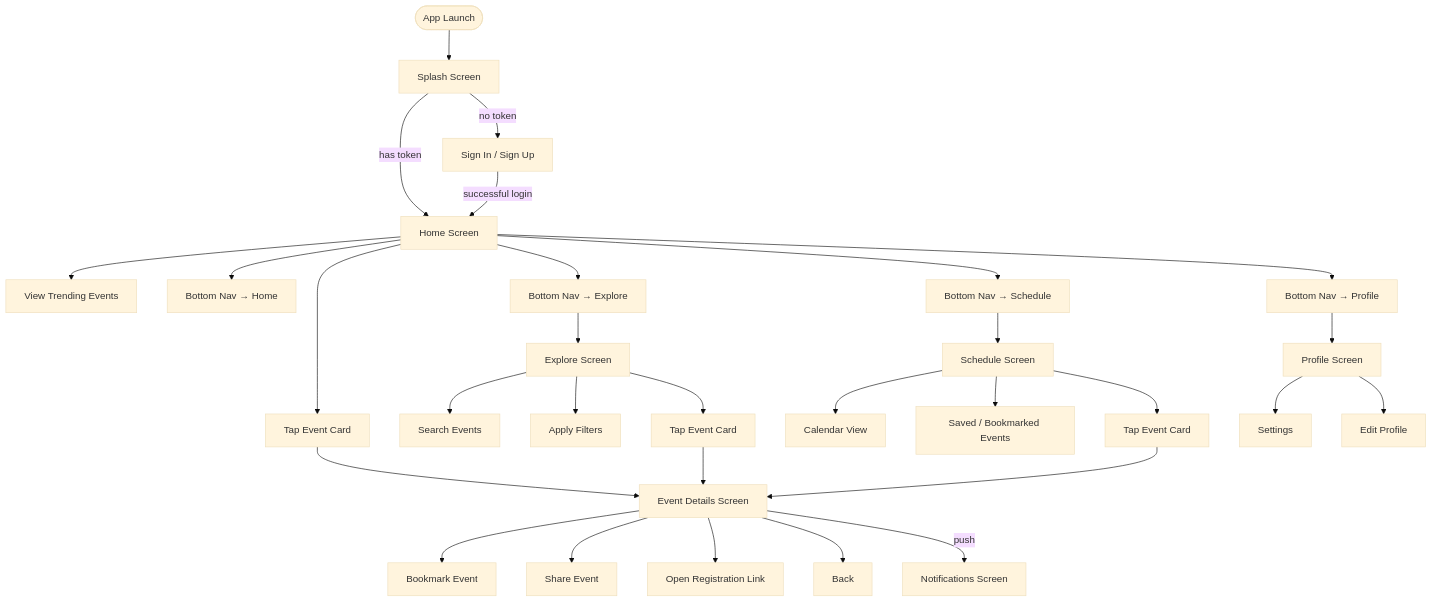
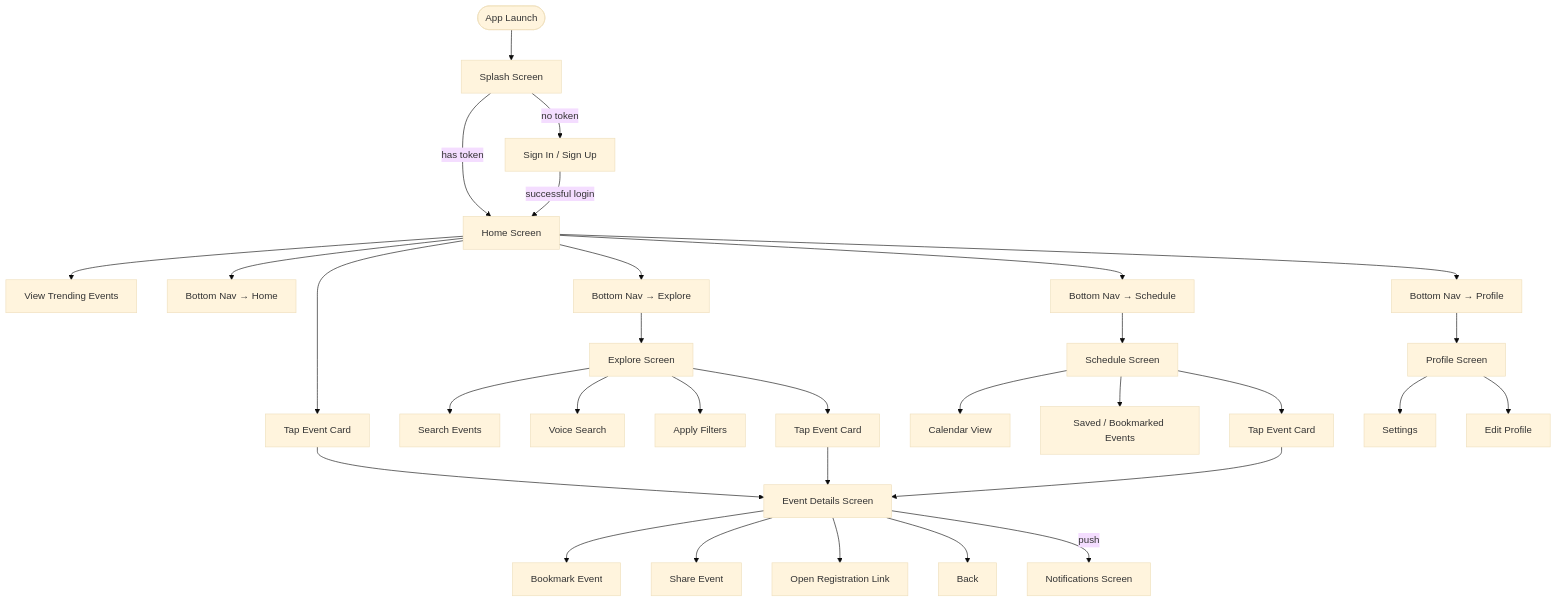
The first of 2 diagrams in docs/FEATURES_AND_FLOWS.md (Shouryan-Bharote/global-ai-opportunity-tracker-app), drawn with Mermaid (base theme) before and after one commit. The commit also changed other lines of this file and 241 other files, not shown here.

````diff
--- a/docs/FEATURES_AND_FLOWS.md
+++ b/docs/FEATURES_AND_FLOWS.md
@@ -23,40 +23,41 @@
 ```mermaid
 flowchart TD
     START([App Launch]) --> SPLASH[Splash Screen]
     SPLASH -->|has token| HOME[Home Screen]
     SPLASH -->|no token| AUTH[Sign In / Sign Up]
 
     AUTH -->|successful login| HOME
 
     HOME --> H_VIEW[View Trending Events]
     HOME --> H_TAP[Tap Event Card]
     HOME --> NAV_HOME[Bottom Nav → Home]
     HOME --> NAV_EXPLORE[Bottom Nav → Explore]
     HOME --> NAV_SCHEDULE[Bottom Nav → Schedule]
     HOME --> NAV_PROFILE[Bottom Nav → Profile]
 
     H_TAP --> EVENT[Event Details Screen]
 
     NAV_EXPLORE --> EXPLORE[Explore Screen]
     EXPLORE --> E_SEARCH[Search Events]
+    EXPLORE --> E_VOICE[Voice Search]
     EXPLORE --> E_FILTER[Apply Filters]
     EXPLORE --> E_TAP[Tap Event Card]
     E_TAP --> EVENT
 
     NAV_SCHEDULE --> SCHEDULE[Schedule Screen]
     SCHEDULE --> S_CALENDAR[Calendar View]
     SCHEDULE --> S_SAVED[Saved / Bookmarked Events]
     SCHEDULE --> S_TAP[Tap Event Card]
     S_TAP --> EVENT
 
     NAV_PROFILE --> PROFILE[Profile Screen]
     PROFILE --> P_SETTINGS[Settings]
     PROFILE --> P_EDIT[Edit Profile]
 
     EVENT --> EV_BOOKMARK[Bookmark Event]
     EVENT --> EV_SHARE[Share Event]
     EVENT --> EV_REGISTER[Open Registration Link]
     EVENT --> EV_BACK[Back]
 
     EVENT -->|push| NOTIF[Notifications Screen]
 ```
````
